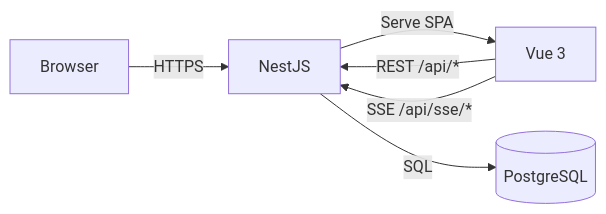
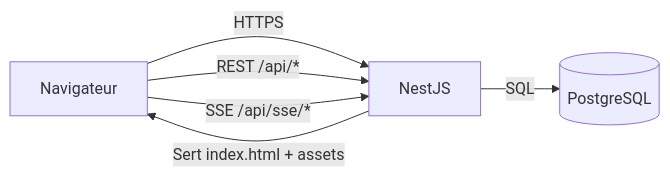
One commit to alVal-dev/shopify-dashboard changed the first of 2 diagrams in docs/architecture.md. Above: the diagram before and after it, drawn with Mermaid. The commit also changed other lines of this file and 1 other file, not shown here.

Commit message:
update architecture and single-origin deployment adr Update docs/architecture.md (components + main flows) - Add ADR 004 (backend serves SPA on same origin) - Document static serving + caching rationale

````diff
--- a/docs/architecture.md
+++ b/docs/architecture.md
@@ -32,8 +38,8 @@
 ```mermaid
 flowchart LR
-  U[Browser] -->|HTTPS| APP[NestJS]
-  APP -->|Serve SPA| SPA[Vue 3]
-  SPA -->|REST /api/*| APP
-  SPA -->|SSE /api/sse/*| APP
-  APP -->|SQL| DB[(PostgreSQL)]
+  U[Navigateur] -->|HTTPS| N[NestJS]
+  N -->|Sert index.html + assets| U
+  U -->|REST /api/*| N
+  U -->|SSE /api/sse/*| N
+  N -->|SQL| DB[(PostgreSQL)]
 ```
````
